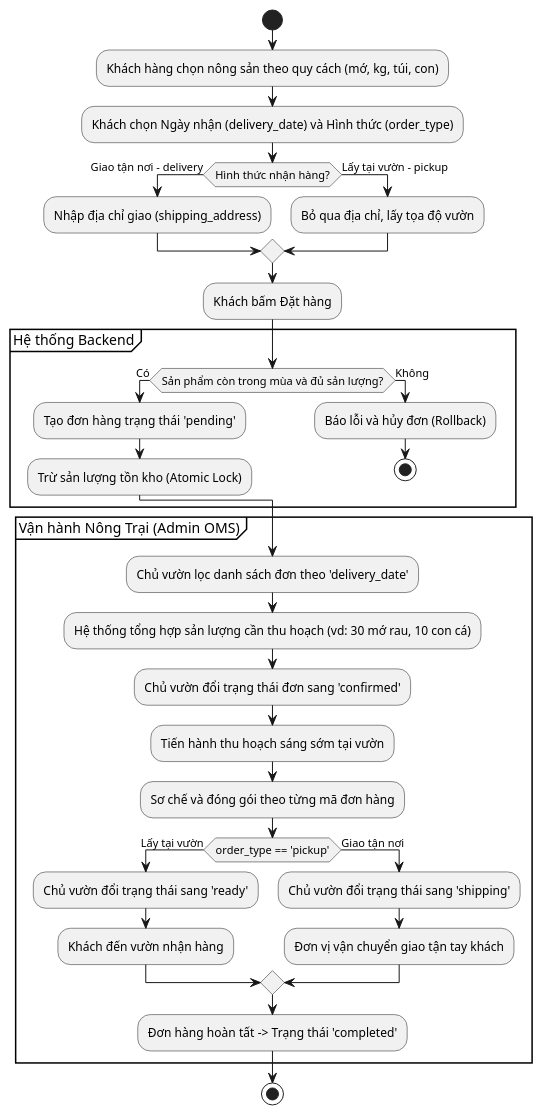
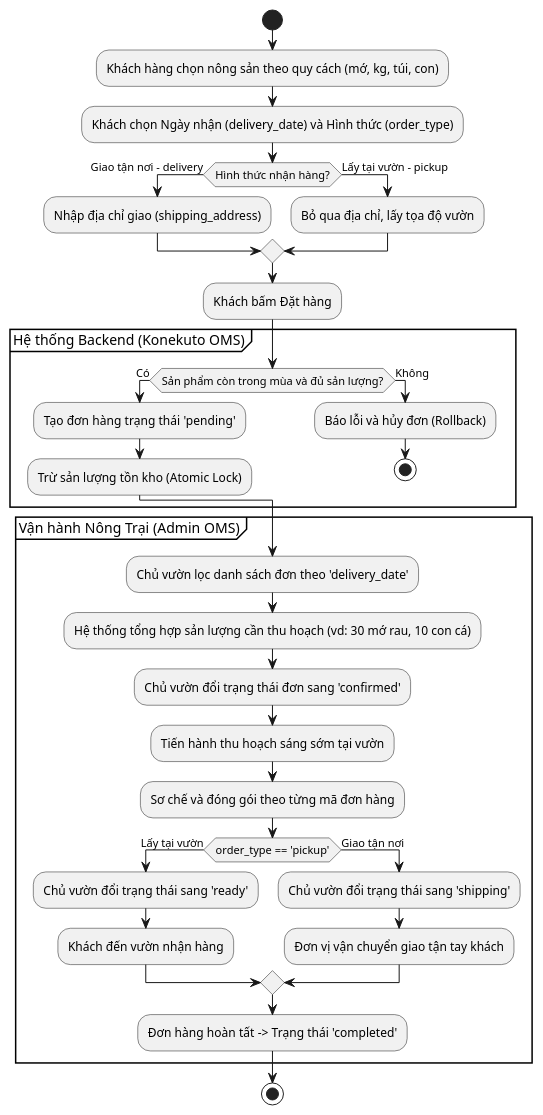
One commit to haidongNg/konekuto-oms changed the diagram in README.md. Above: the diagram before and after it, drawn with PlantUML. The commit also changed other lines of this file and 18 other files, not shown here.

````diff
--- a/README.md
+++ b/README.md
@@ -109,47 +110,47 @@
 ```plantuml
 @startuml
 start
 
 :Khách hàng chọn nông sản theo quy cách (mớ, kg, túi, con);
 :Khách chọn Ngày nhận (delivery_date) và Hình thức (order_type);
 
 if (Hình thức nhận hàng?) then (Giao tận nơi - delivery)
   :Nhập địa chỉ giao (shipping_address);
 else (Lấy tại vườn - pickup)
   :Bỏ qua địa chỉ, lấy tọa độ vườn;
 endif
 
 :Khách bấm Đặt hàng;
 
-partition "Hệ thống Backend" {
+partition "Hệ thống Backend (Konekuto OMS)" {
   if (Sản phẩm còn trong mùa và đủ sản lượng?) then (Có)
     :Tạo đơn hàng trạng thái 'pending';
     :Trừ sản lượng tồn kho (Atomic Lock);
   else (Không)
     :Báo lỗi và hủy đơn (Rollback);
     stop
   endif
 }
 
 partition "Vận hành Nông Trại (Admin OMS)" {
   :Chủ vườn lọc danh sách đơn theo 'delivery_date';
   :Hệ thống tổng hợp sản lượng cần thu hoạch (vd: 30 mớ rau, 10 con cá);
   :Chủ vườn đổi trạng thái đơn sang 'confirmed';
   
   :Tiến hành thu hoạch sáng sớm tại vườn;
   :Sơ chế và đóng gói theo từng mã đơn hàng;
   
   if (order_type == 'pickup') then (Lấy tại vườn)
     :Chủ vườn đổi trạng thái sang 'ready';
     :Khách đến vườn nhận hàng;
   else (Giao tận nơi)
     :Chủ vườn đổi trạng thái sang 'shipping';
     :Đơn vị vận chuyển giao tận tay khách;
   endif
   
   :Đơn hàng hoàn tất -> Trạng thái 'completed';
 }
 
 stop
 @enduml
 ```
````
